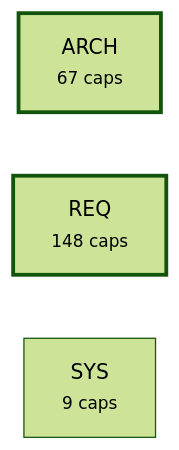
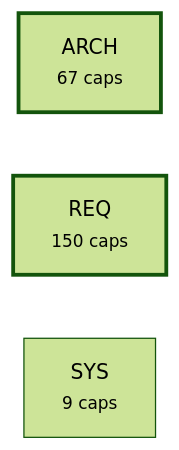
Before and after one commit to alxmax/Requirement-manager: the fourth of 5 diagrams in plugin/requirements/_map.md, drawn with Mermaid (forest theme). The commit also changed other lines of this file and 21 other files, not shown here.

````diff
--- a/plugin/requirements/_map.md
+++ b/plugin/requirements/_map.md
@@ -924,8 +926,8 @@
 ```mermaid
 graph LR
   a_ARCH["ARCH<br><small>67 caps</small>"]
-  a_REQ["REQ<br><small>148 caps</small>"]
+  a_REQ["REQ<br><small>150 caps</small>"]
   a_SYS["SYS<br><small>9 caps</small>"]
   style a_ARCH stroke-width:3px
   style a_REQ stroke-width:3px
 ```
````
